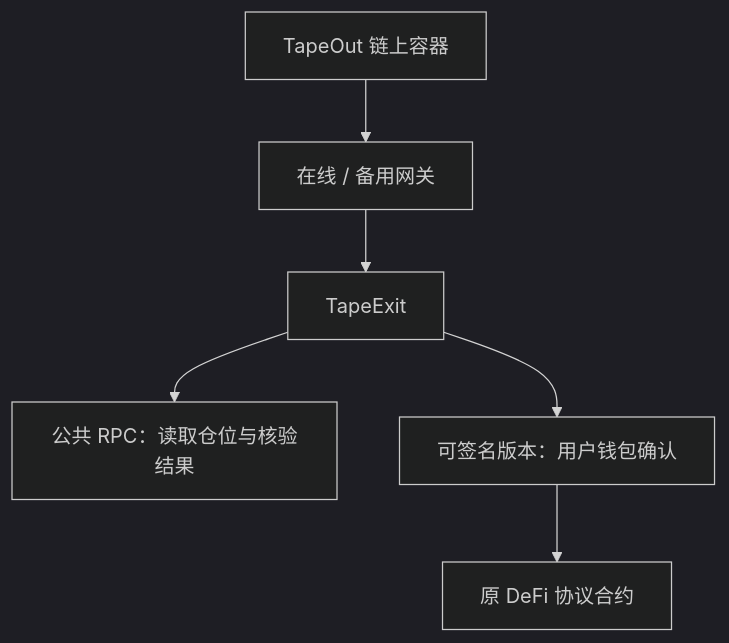
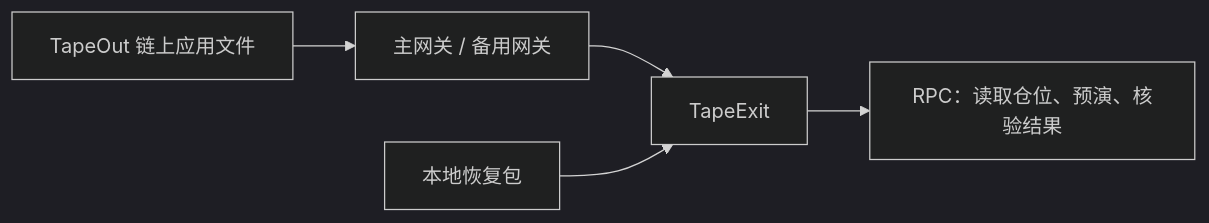
The diagram in README.md (wangyangmingsss/tapeexit), drawn with Mermaid (dark theme) before and after one commit. The commit also changed other lines of this file and 6 other files, not shown here.

````diff
--- a/README.md
+++ b/README.md
@@ -54,8 +30,7 @@
 ```mermaid
-flowchart TD
-  T["TapeOut 链上容器"] --> G["在线 / 备用网关"]
+flowchart LR
+  T["TapeOut 链上应用文件"] --> G["主网关 / 备用网关"]
   G --> A["TapeExit"]
-  A --> R["公共 RPC：读取仓位与核验结果"]
-  A --> W["可签名版本：用户钱包确认"]
-  W --> P["原 DeFi 协议合约"]
+  L["本地恢复包"] --> A
+  A --> R["RPC：读取仓位、预演、核验结果"]
 ```
````
